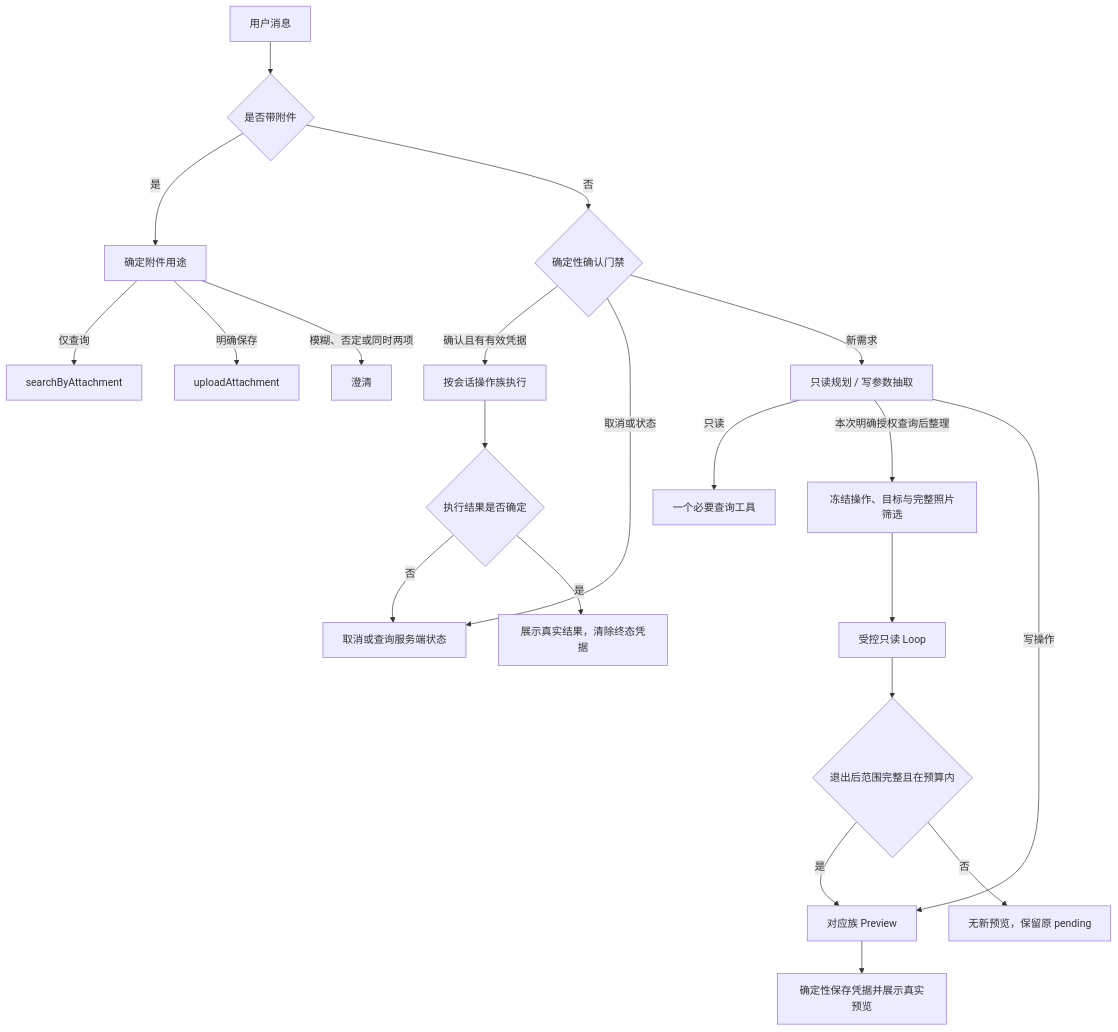
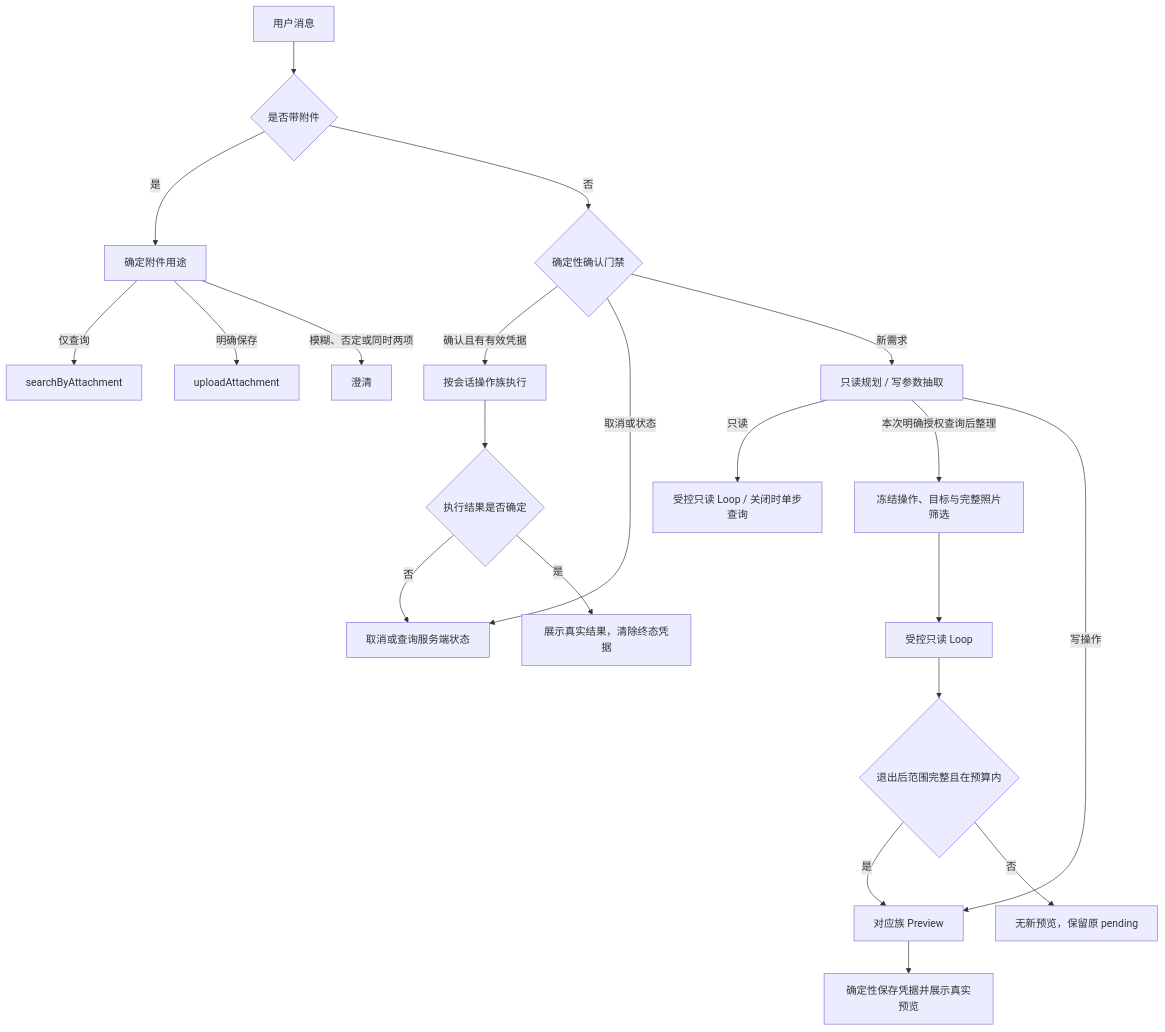
One commit to Jasper-xxx/cloud-album-ai changed the diagram in docs/dify-agent-write-workflow-guide.md. Above: the diagram before and after it, drawn with Mermaid. The commit also changed other lines of this file and 20 other files, not shown here.

````diff
--- a/docs/dify-agent-write-workflow-guide.md
+++ b/docs/dify-agent-write-workflow-guide.md
@@ -18,23 +18,23 @@
 ```mermaid
 flowchart TD
     A["用户消息"] --> B{"是否带附件"}
     B -->|是| C["确定附件用途"]
     C -->|仅查询| D["searchByAttachment"]
     C -->|明确保存| E["uploadAttachment"]
     C -->|模糊、否定或同时两项| F["澄清"]
     B -->|否| G{"确定性确认门禁"}
     G -->|确认且有有效凭据| H["按会话操作族执行"]
     G -->|取消或状态| I["取消或查询服务端状态"]
     G -->|新需求| J["只读规划 / 写参数抽取"]
-    J -->|只读| K["一个必要查询工具"]
+    J -->|只读| K["受控只读 Loop / 关闭时单步查询"]
     J -->|本次明确授权查询后整理| P["冻结操作、目标与完整照片筛选"]
     P --> Q["受控只读 Loop"]
     Q --> R{"退出后范围完整且在预算内"}
     R -->|是| L
     R -->|否| S["无新预览，保留原 pending"]
     J -->|写操作| L["对应族 Preview"]
     L --> M["确定性保存凭据并展示真实预览"]
     H --> N{"执行结果是否确定"}
     N -->|否| I
     N -->|是| O["展示真实结果，清除终态凭据"]
 ```
````
